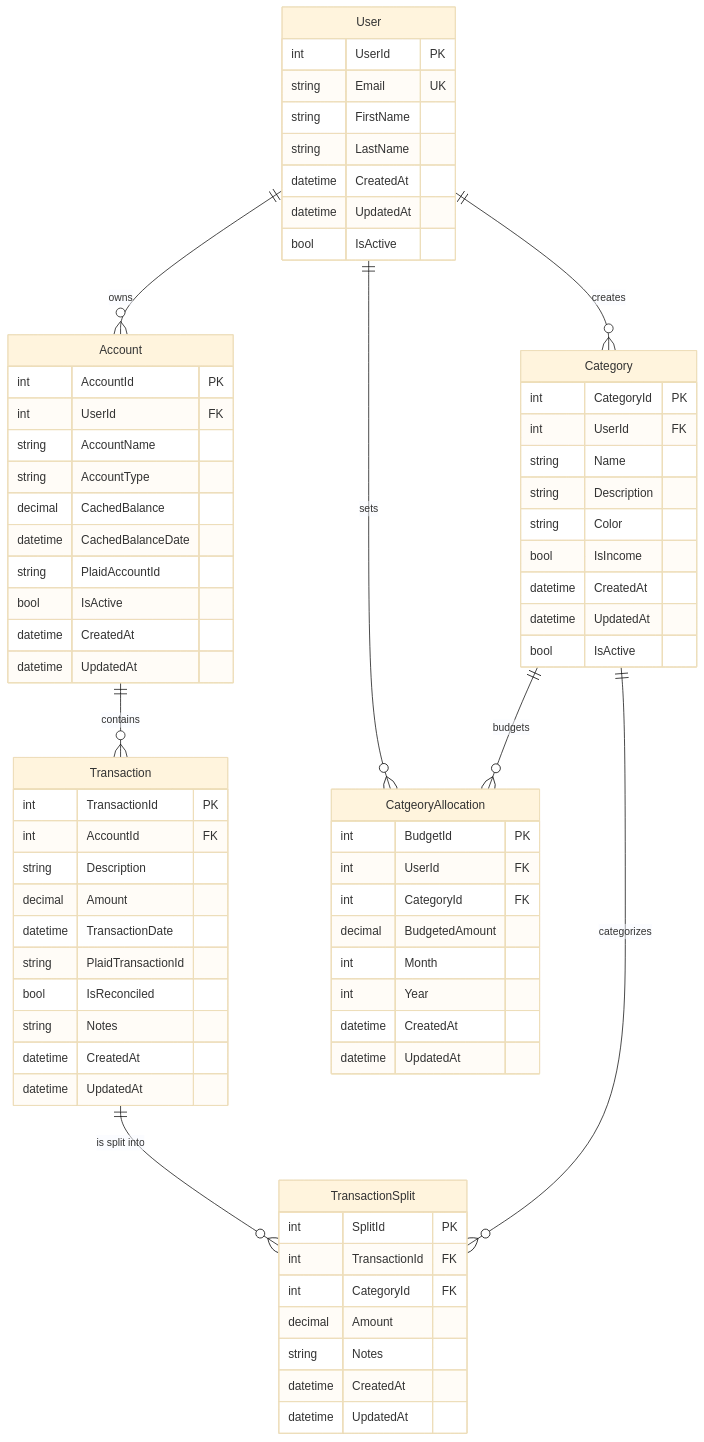
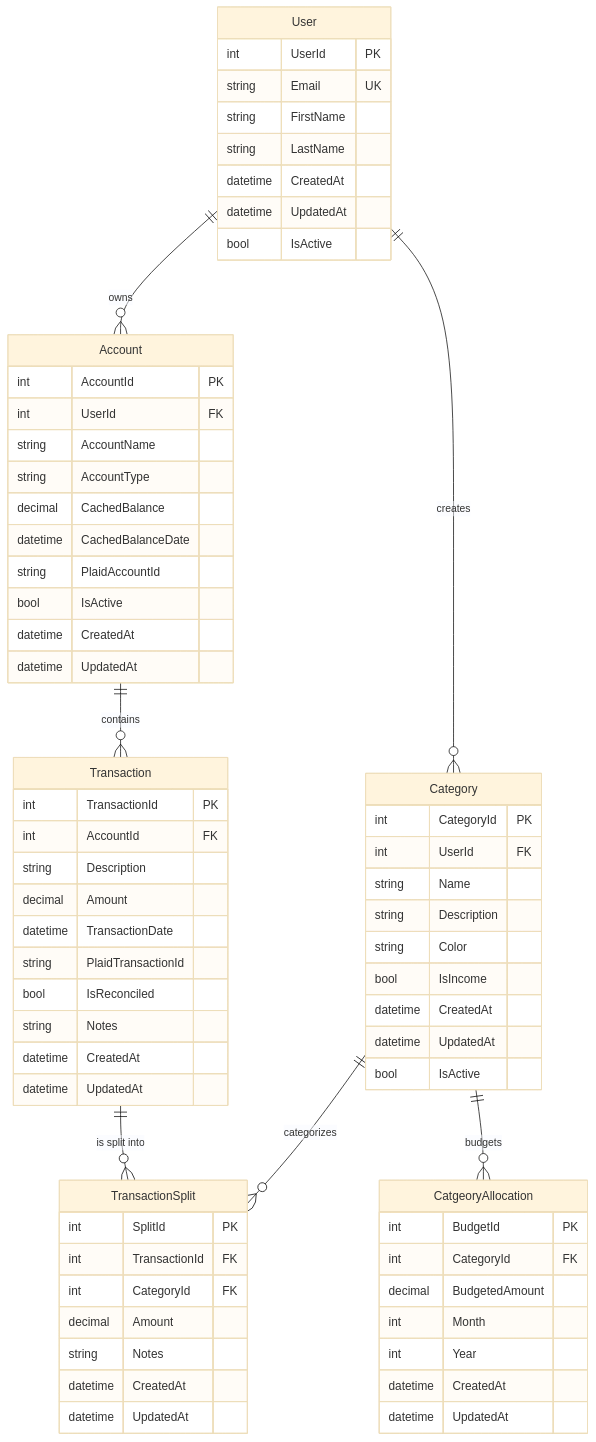
The diagram in database-erd.md (SnowSE/wnab), drawn with Mermaid (base theme) before and after one commit. The commit also changed 15 other files, not shown here.

First line of the commit message:
Refactor database schema and update endpoints

````diff
--- a/database-erd.md
+++ b/database-erd.md
@@ -5,82 +5,80 @@
 ```mermaid
 erDiagram
     User {
         int UserId PK
         string Email UK
         string FirstName
         string LastName
         datetime CreatedAt
         datetime UpdatedAt
         bool IsActive
     }
     
     Category {
         int CategoryId PK
         int UserId FK
         string Name
         string Description
         string Color
         bool IsIncome
         datetime CreatedAt
         datetime UpdatedAt
         bool IsActive
     }
     
     Account {
         int AccountId PK
         int UserId FK
         string AccountName
         string AccountType
         decimal CachedBalance
         datetime CachedBalanceDate
         string PlaidAccountId
         bool IsActive
         datetime CreatedAt
         datetime UpdatedAt
     }
     
     Transaction {
         int TransactionId PK
         int AccountId FK
         string Description
         decimal Amount
         datetime TransactionDate
         string PlaidTransactionId
         bool IsReconciled
         string Notes
         datetime CreatedAt
         datetime UpdatedAt
     }
     
     %% Unique constraint: (CategoryId, Year, Month)
     CatgeoryAllocation {
         int BudgetId PK
-        int UserId FK
         int CategoryId FK
         decimal BudgetedAmount
         int Month
         int Year
         datetime CreatedAt
         datetime UpdatedAt
     }
 
     TransactionSplit {
         int SplitId PK
         int TransactionId FK
         int CategoryId FK
         decimal Amount
         string Notes
         datetime CreatedAt
         datetime UpdatedAt
     }
     
     %% Relationships
     User ||--o{ Category : "creates"
     User ||--o{ Account : "owns"
-    User ||--o{ CatgeoryAllocation : "sets"
     
     Account ||--o{ Transaction : "contains"
     Transaction ||--o{ TransactionSplit : "is split into"
     Category ||--o{ TransactionSplit : "categorizes"
     Category ||--o{ CatgeoryAllocation : "budgets"
 ```
````
